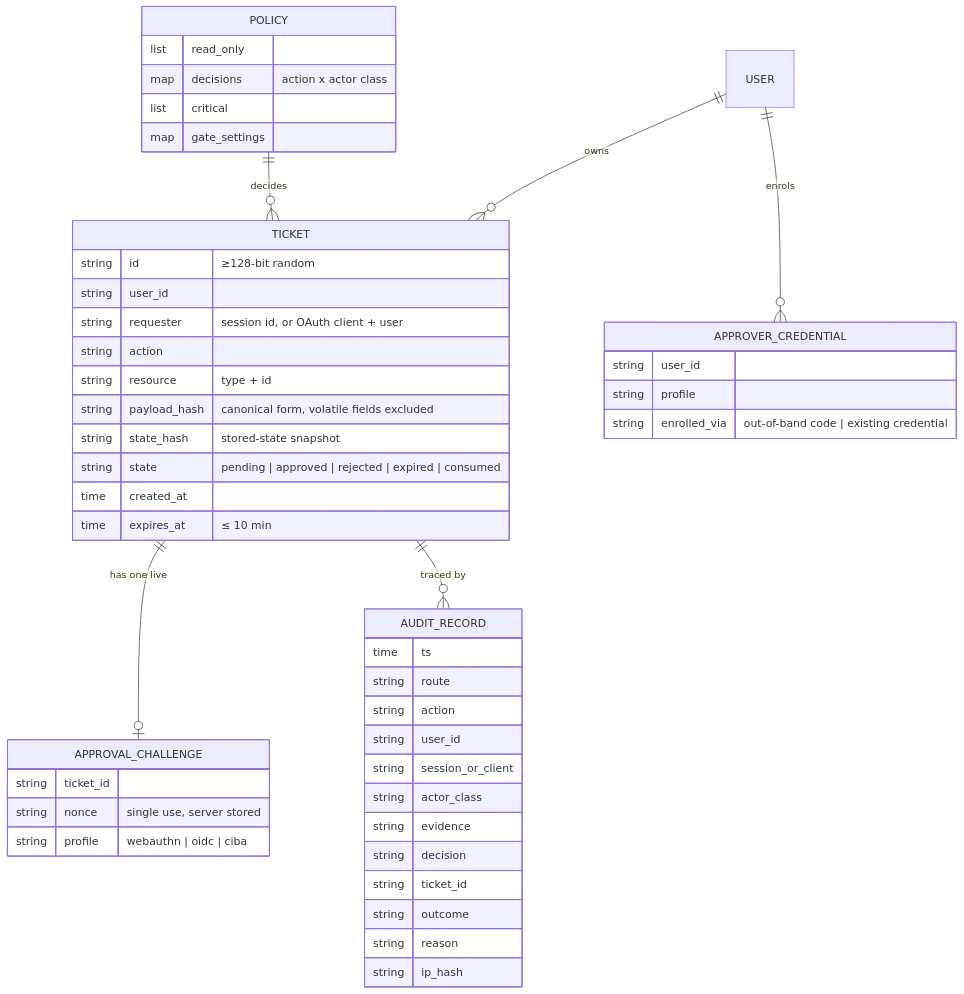
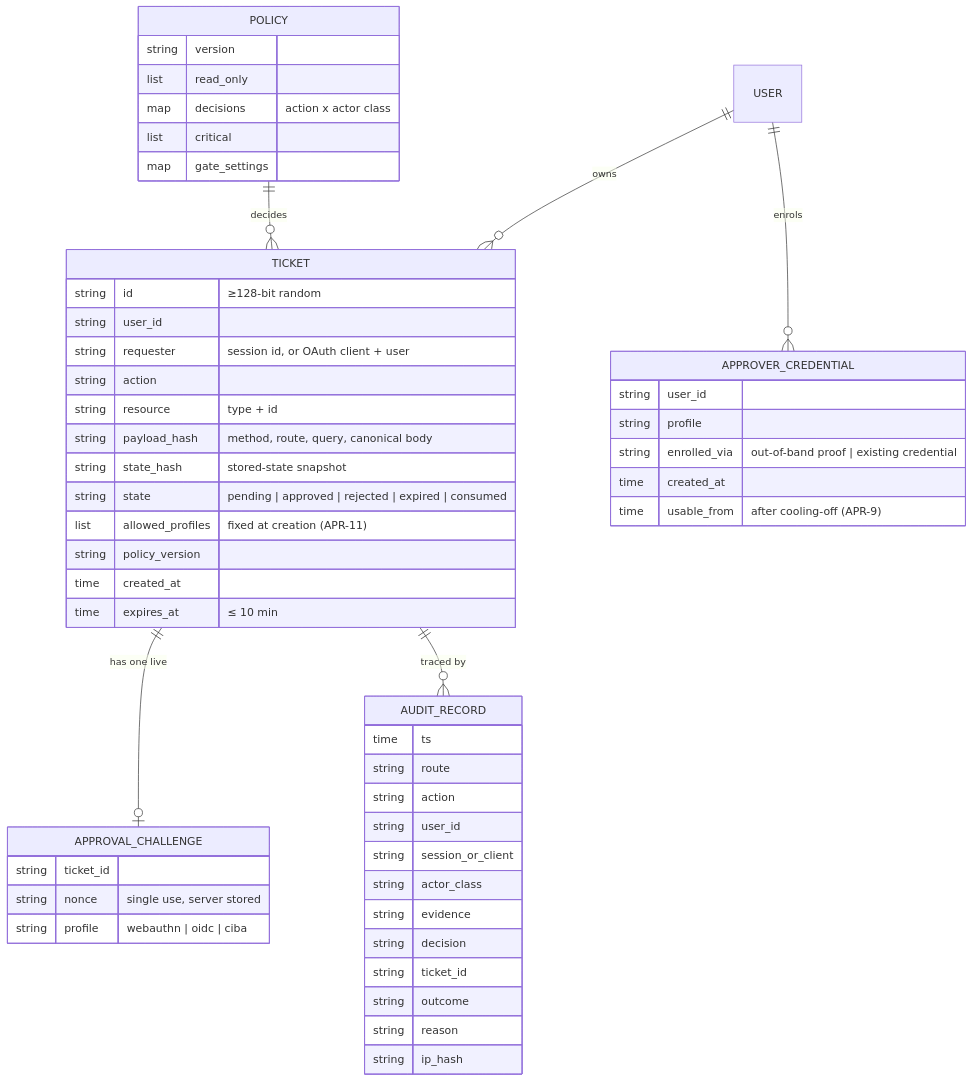
One commit to WilsonWordsofWisdom/hitl-gate-kit changed the fourth of 7 diagrams in docs/architecture.md. Above: the diagram before and after it, drawn with Mermaid. The commit also changed other lines of this file and 3 other files, not shown here.

````diff
--- a/docs/architecture.md
+++ b/docs/architecture.md
@@ -174,51 +182,56 @@
 ```mermaid
 erDiagram
   USER ||--o{ TICKET : "owns"
   USER ||--o{ APPROVER_CREDENTIAL : "enrols"
   TICKET ||--o| APPROVAL_CHALLENGE : "has one live"
   TICKET ||--o{ AUDIT_RECORD : "traced by"
   POLICY ||--o{ TICKET : "decides"
 
   TICKET {
     string id "≥128-bit random"
     string user_id
     string requester "session id, or OAuth client + user"
     string action
     string resource "type + id"
-    string payload_hash "canonical form, volatile fields excluded"
+    string payload_hash "method, route, query, canonical body"
     string state_hash "stored-state snapshot"
     string state "pending | approved | rejected | expired | consumed"
+    list allowed_profiles "fixed at creation (APR-11)"
+    string policy_version
     time created_at
     time expires_at "≤ 10 min"
   }
   APPROVAL_CHALLENGE {
     string ticket_id
     string nonce "single use, server stored"
     string profile "webauthn | oidc | ciba"
   }
   APPROVER_CREDENTIAL {
     string user_id
     string profile
-    string enrolled_via "out-of-band code | existing credential"
+    string enrolled_via "out-of-band proof | existing credential"
+    time created_at
+    time usable_from "after cooling-off (APR-9)"
   }
   AUDIT_RECORD {
     time ts
     string route
     string action
     string user_id
     string session_or_client
     string actor_class
     string evidence
     string decision
     string ticket_id
     string outcome
     string reason
     string ip_hash
   }
   POLICY {
+    string version
     list read_only
     map decisions "action x actor class"
     list critical
     map gate_settings
   }
 ```
````
